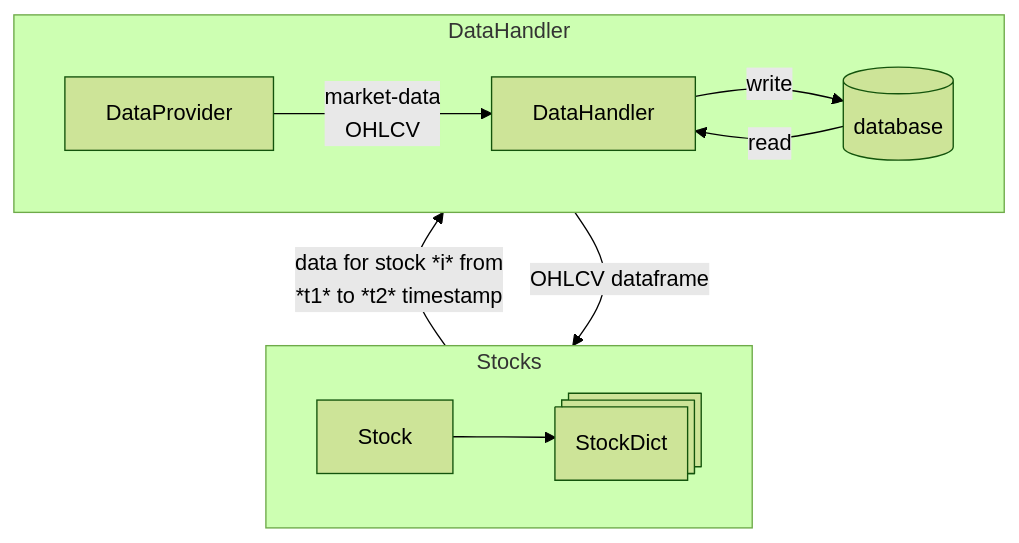
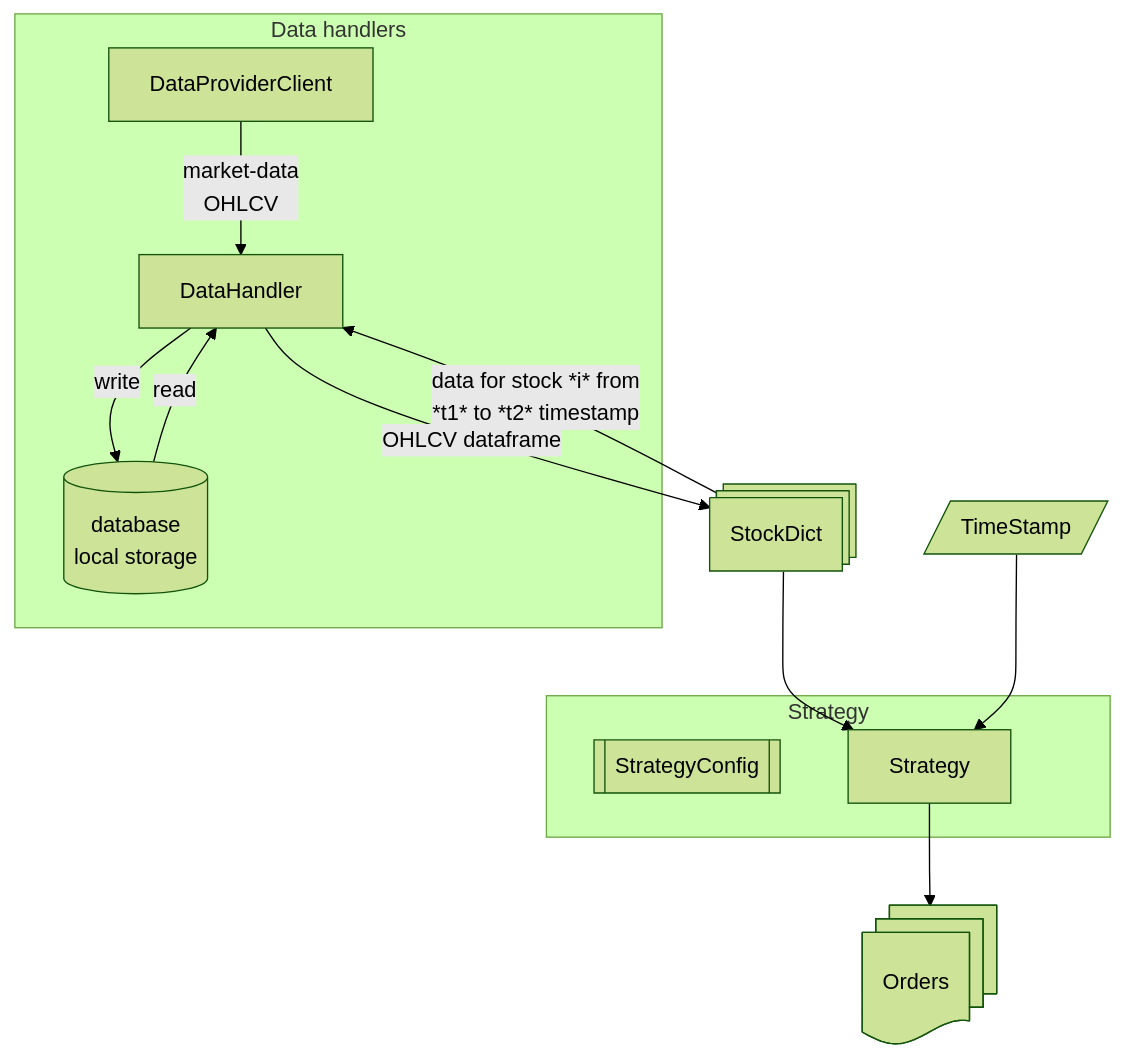
One commit to dev-ddr/finmetry changed the sixth of 7 diagrams in README.md. Above: the diagram before and after it, drawn with Mermaid (forest theme). The commit also changed other lines of this file, not shown here.

Commit message:
updated flowchart

````diff
--- a/README.md
+++ b/README.md
@@ -9,27 +92,33 @@
 ```mermaid
 
-flowchart BT
+flowchart TB
 
-subgraph DATA["DataHandler"]
-    direction  LR
-    dp[DataProvider]
+subgraph DATA["Data handlers"]
+    %% direction  LR
+    dp[DataProviderClient]
     dh[DataHandler]
-    db[(database)]
+    db[(database <br> local storage)]
 
     dp --market-data <br> OHLCV--> dh
     dh --write--> db
     db --read--> dh
 end
 
-subgraph STOCK["Stocks"]
-    direction LR
-    st1[Stock]
-    sd1@{ shape: procs, label: "StockDict"}
+sd1@{ shape: procs, label: "StockDict"}
 
-    st1 --> sd1
+subgraph STRATEGY["Strategy"]
+    %% direction LR
+    sconfig[[StrategyConfig]]
+    stg1[Strategy]
 end
 
-STOCK --data for stock *i* from <br>*t1* to *t2* timestamp--> DATA
-DATA --OHLCV dataframe--> STOCK
+orders@{ shape: docs, label: "Orders" }
+stginput@{ shape: lean-r, label: "TimeStamp" }
+stg1 --> orders
+sd1 --> stg1
+stginput --> stg1
+
+sd1 --data for stock *i* from <br>*t1* to *t2* timestamp--> dh
+dh --OHLCV dataframe--> sd1
 
 ```
````
